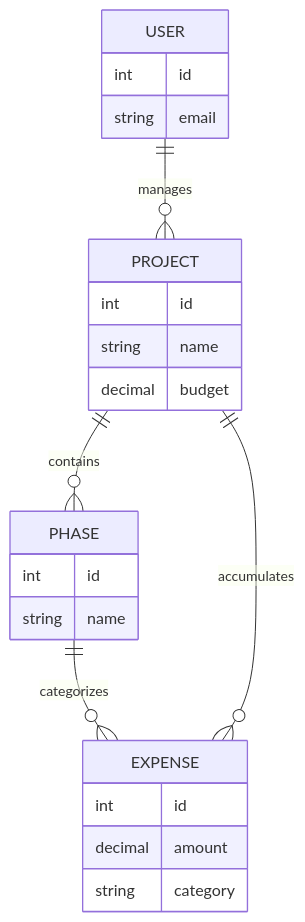
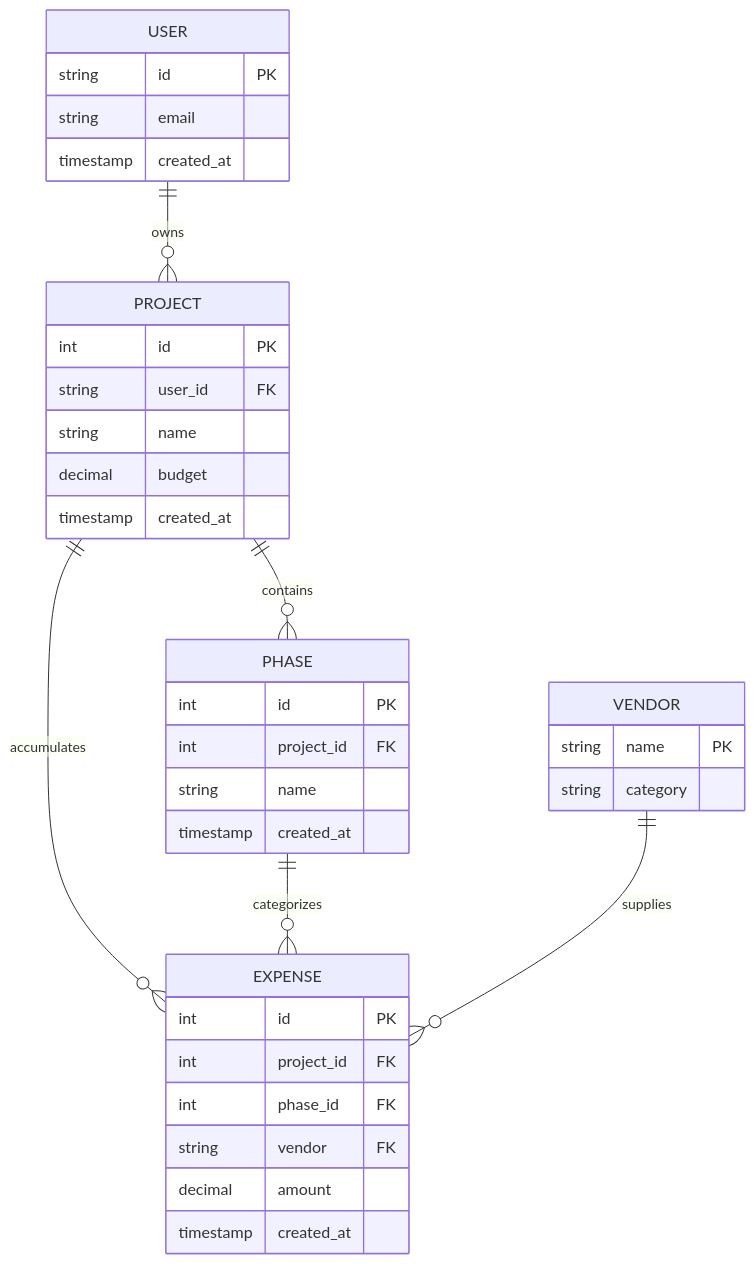
Before and after one commit to Faizee669/Buildtrackpro: the diagram in README.md, drawn with Mermaid.

````diff
--- a/README.md
+++ b/README.md
@@ -64,26 +64,39 @@
 ```mermaid
 erDiagram
-    USER ||--o{ PROJECT : "manages"
+    USER ||--o{ PROJECT : "owns"
     PROJECT ||--o{ PHASE : "contains"
+    PROJECT ||--o{ EXPENSE : "accumulates"
     PHASE ||--o{ EXPENSE : "categorizes"
-    PROJECT ||--o{ EXPENSE : "accumulates"
+    VENDOR ||--o{ EXPENSE : "supplies"
 
     USER {
-        int id
+        string id PK
         string email
+        timestamp created_at
     }
     PROJECT {
-        int id
+        int id PK
+        string user_id FK
         string name
         decimal budget
+        timestamp created_at
     }
     PHASE {
-        int id
+        int id PK
+        int project_id FK
         string name
+        timestamp created_at
     }
     EXPENSE {
-        int id
+        int id PK
+        int project_id FK
+        int phase_id FK
+        string vendor FK
         decimal amount
+        timestamp created_at
+    }
+    VENDOR {
+        string name PK
         string category
     }
 ```
````
